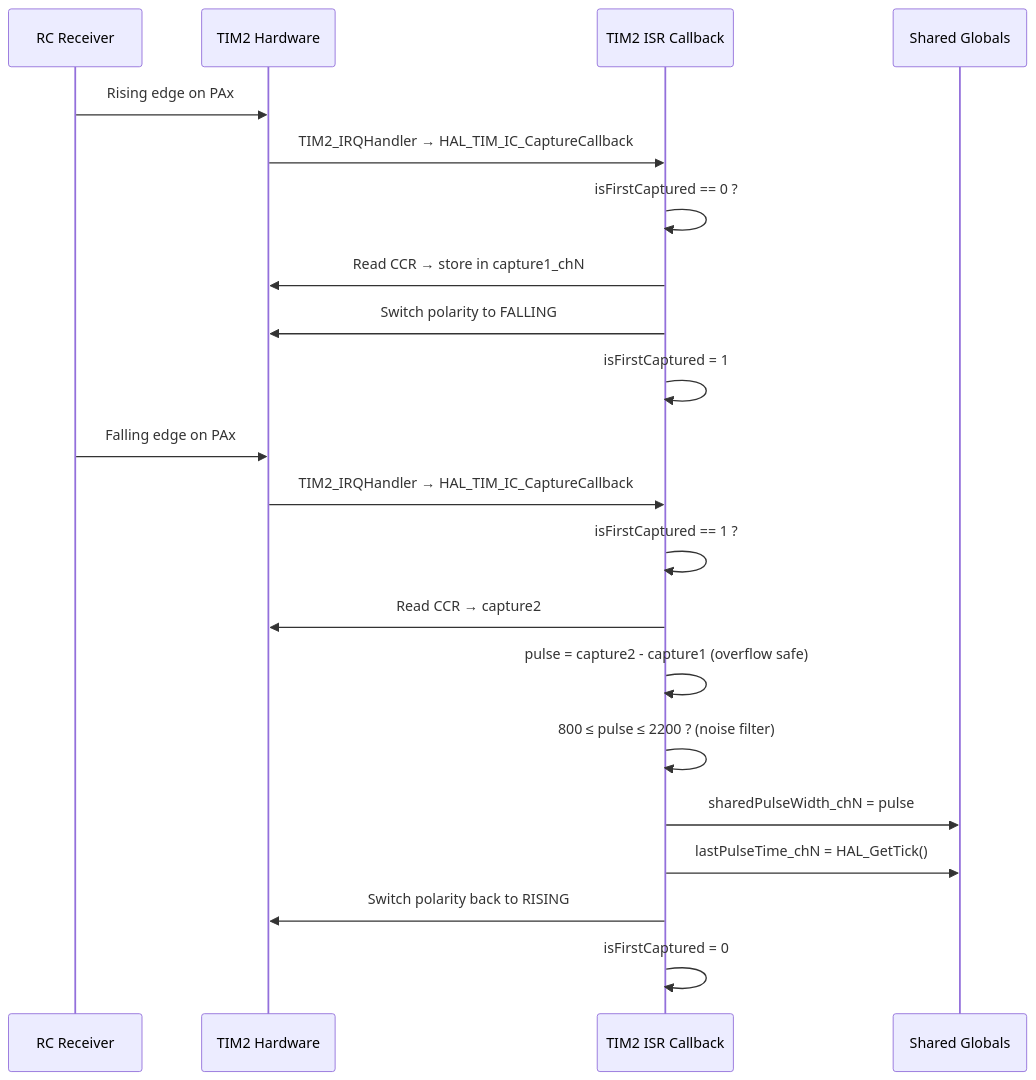
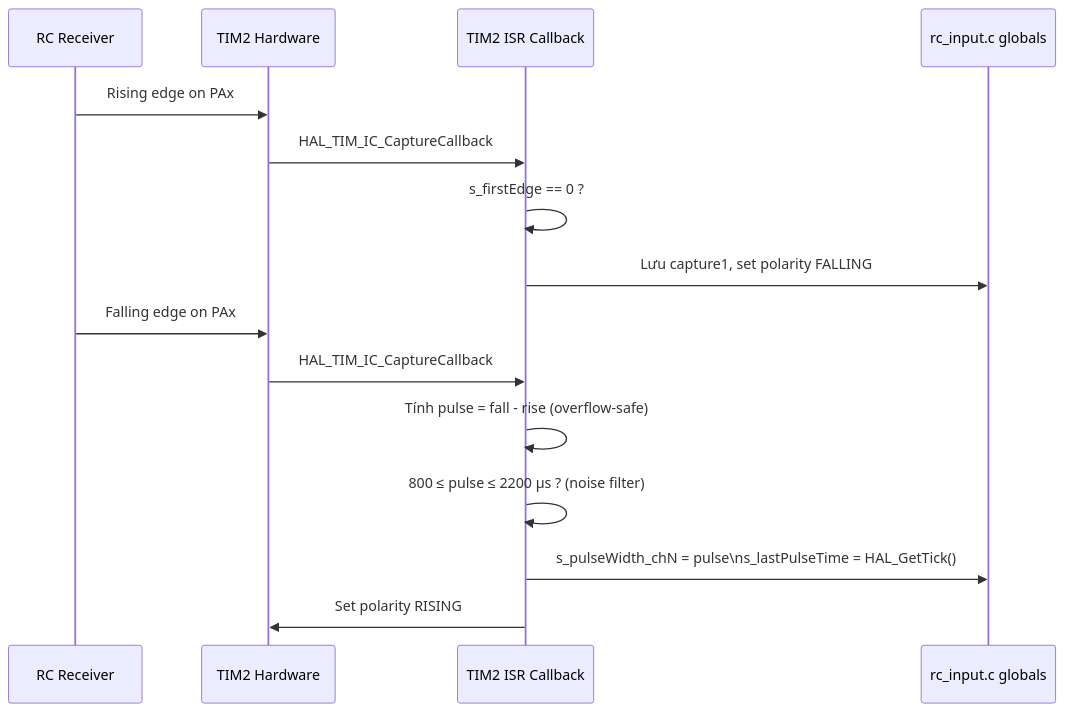
The seventh of 11 diagrams in docs/firmware_architecture.md (QT3112/STM32G4_Lighting), drawn with Mermaid before and after one commit. The commit also changed other lines of this file and 25 other files, not shown here.

````diff
--- a/docs/firmware_architecture.md
+++ b/docs/firmware_architecture.md
@@ -228,25 +310,18 @@
 ```mermaid
 sequenceDiagram
     participant RC as RC Receiver
     participant HW as TIM2 Hardware
     participant ISR as TIM2 ISR Callback
-    participant Globals as Shared Globals
+    participant Shared as rc_input.c globals
 
     RC->>HW: Rising edge on PAx
-    HW->>ISR: TIM2_IRQHandler → HAL_TIM_IC_CaptureCallback
-    ISR->>ISR: isFirstCaptured == 0 ?
-    ISR->>HW: Read CCR → store in capture1_chN
-    ISR->>HW: Switch polarity to FALLING
-    ISR->>ISR: isFirstCaptured = 1
-
+    HW->>ISR: HAL_TIM_IC_CaptureCallback
+    ISR->>ISR: s_firstEdge == 0 ?
+    ISR->>Shared: Lưu capture1, set polarity FALLING
     RC->>HW: Falling edge on PAx
-    HW->>ISR: TIM2_IRQHandler → HAL_TIM_IC_CaptureCallback
-    ISR->>ISR: isFirstCaptured == 1 ?
-    ISR->>HW: Read CCR → capture2
-    ISR->>ISR: pulse = capture2 - capture1 (overflow safe)
-    ISR->>ISR: 800 ≤ pulse ≤ 2200 ? (noise filter)
-    ISR->>Globals: sharedPulseWidth_chN = pulse
-    ISR->>Globals: lastPulseTime_chN = HAL_GetTick()
-    ISR->>HW: Switch polarity back to RISING
-    ISR->>ISR: isFirstCaptured = 0
+    HW->>ISR: HAL_TIM_IC_CaptureCallback
+    ISR->>ISR: Tính pulse = fall - rise (overflow-safe)
+    ISR->>ISR: 800 ≤ pulse ≤ 2200 µs ? (noise filter)
+    ISR->>Shared: s_pulseWidth_chN = pulse\ns_lastPulseTime = HAL_GetTick()
+    ISR->>HW: Set polarity RISING
 ```
````
